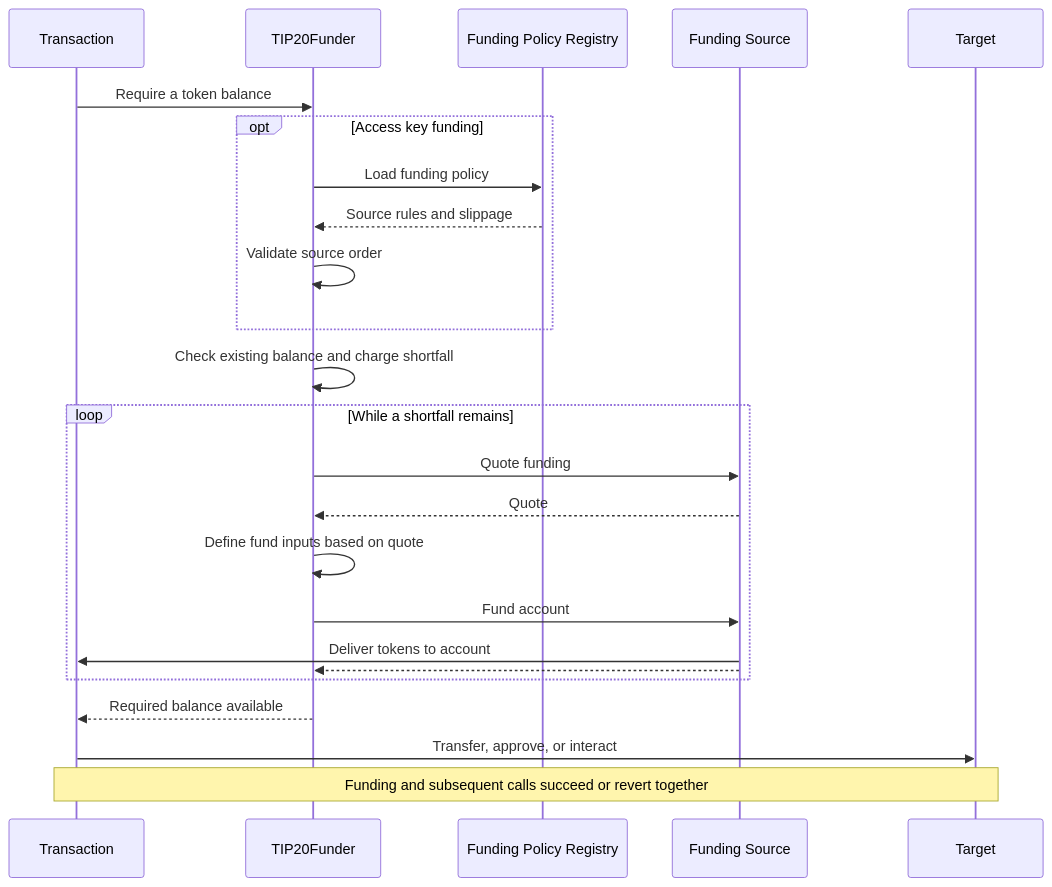
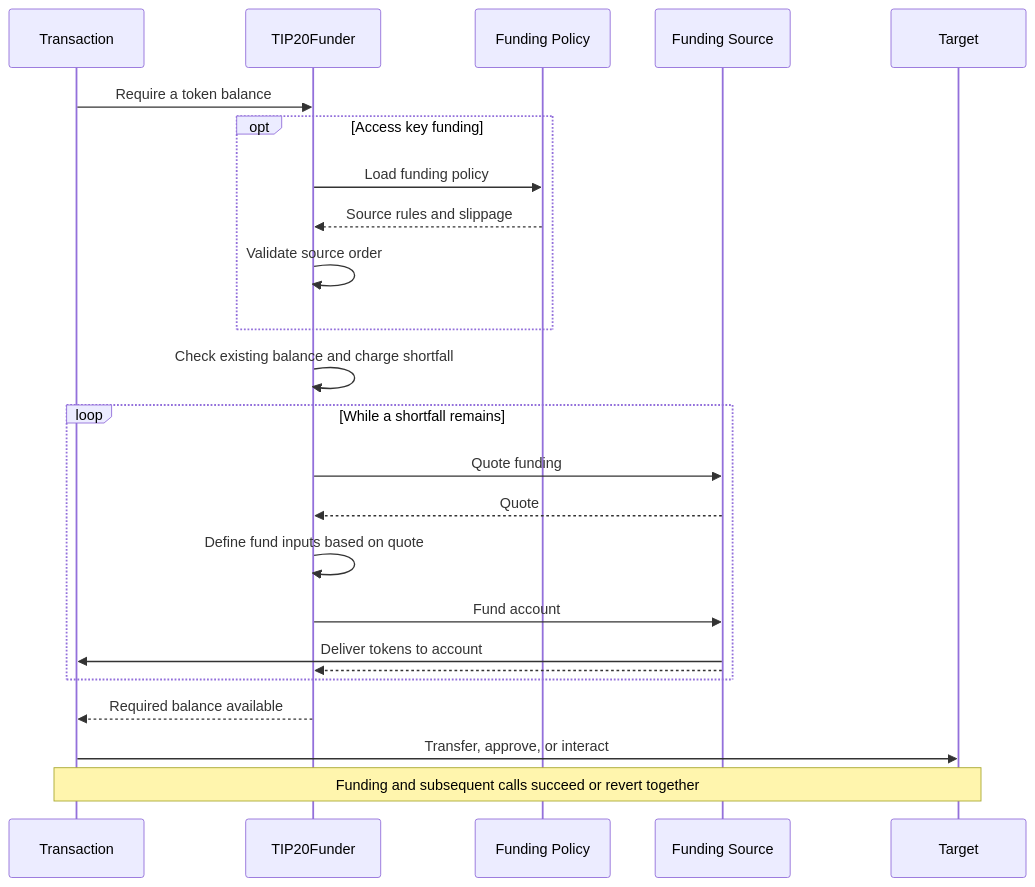
Before and after one commit to tempoxyz/tempo: the diagram in tips/tip-1120.md, drawn with Mermaid. The commit also changed other lines of this file, not shown here.

Commit message:
docs: rename funding policy precompile

````diff
--- a/tips/tip-1120.md
+++ b/tips/tip-1120.md
@@ -45,27 +45,27 @@
 ```mermaid
 sequenceDiagram
     participant C as Transaction
     participant P as TIP20Funder
-    participant R as Funding Policy Registry
+    participant R as Funding Policy
     participant F as Funding Source
     participant A as Target
 
     C->>P: Require a token balance
     opt Access key funding
         P->>R: Load funding policy
         R-->>P: Source rules and slippage
         P->>P: Validate source order
     end
     P->>P: Check existing balance and charge shortfall
     loop While a shortfall remains
         P->>F: Quote funding
         F-->>P: Quote
         P->>P: Define fund inputs based on quote
         P->>F: Fund account
         F->>C: Deliver tokens to account
         F-->>P:
     end
     P-->>C: Required balance available
     C->>A: Transfer, approve, or interact
     Note over C,A: Funding and subsequent calls succeed or revert together
 ```
````
